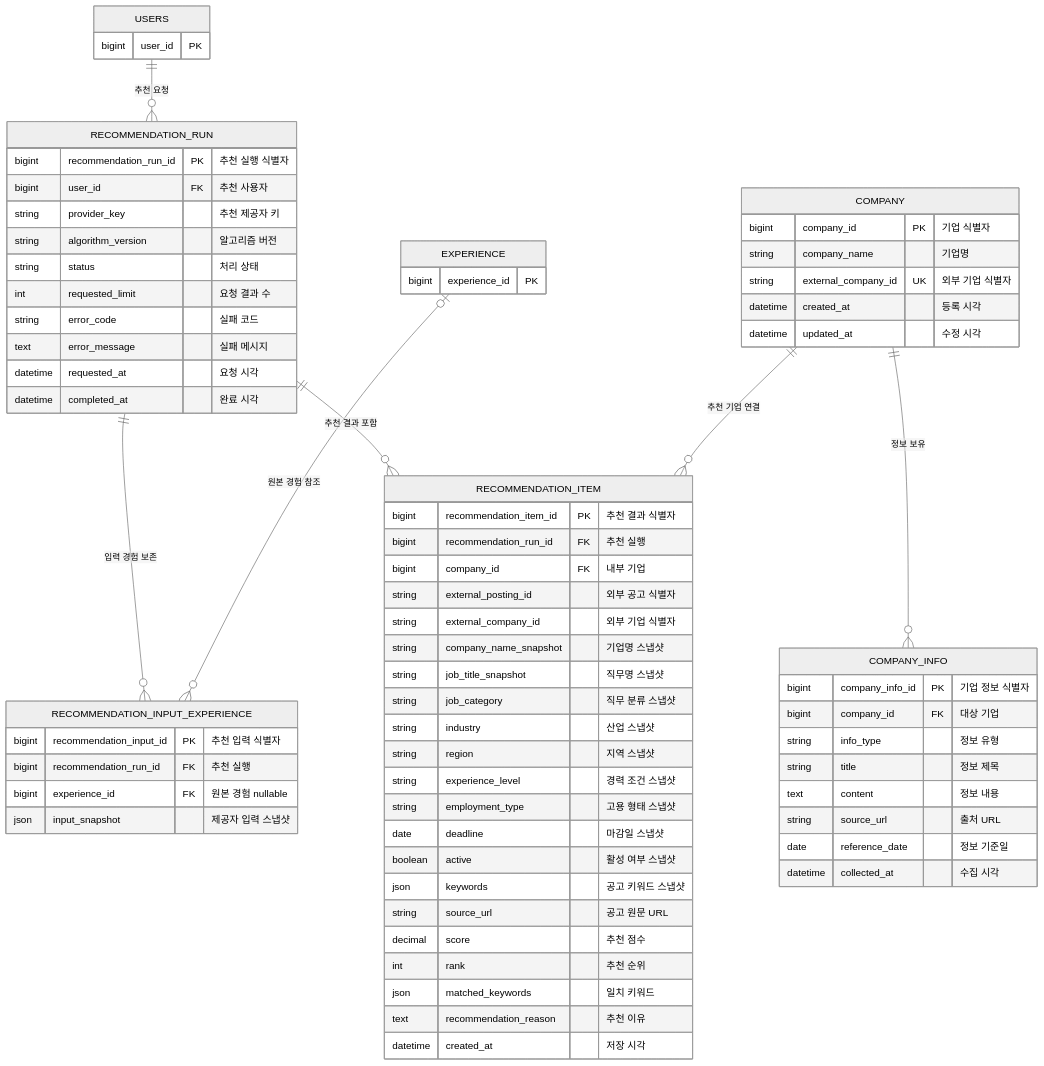
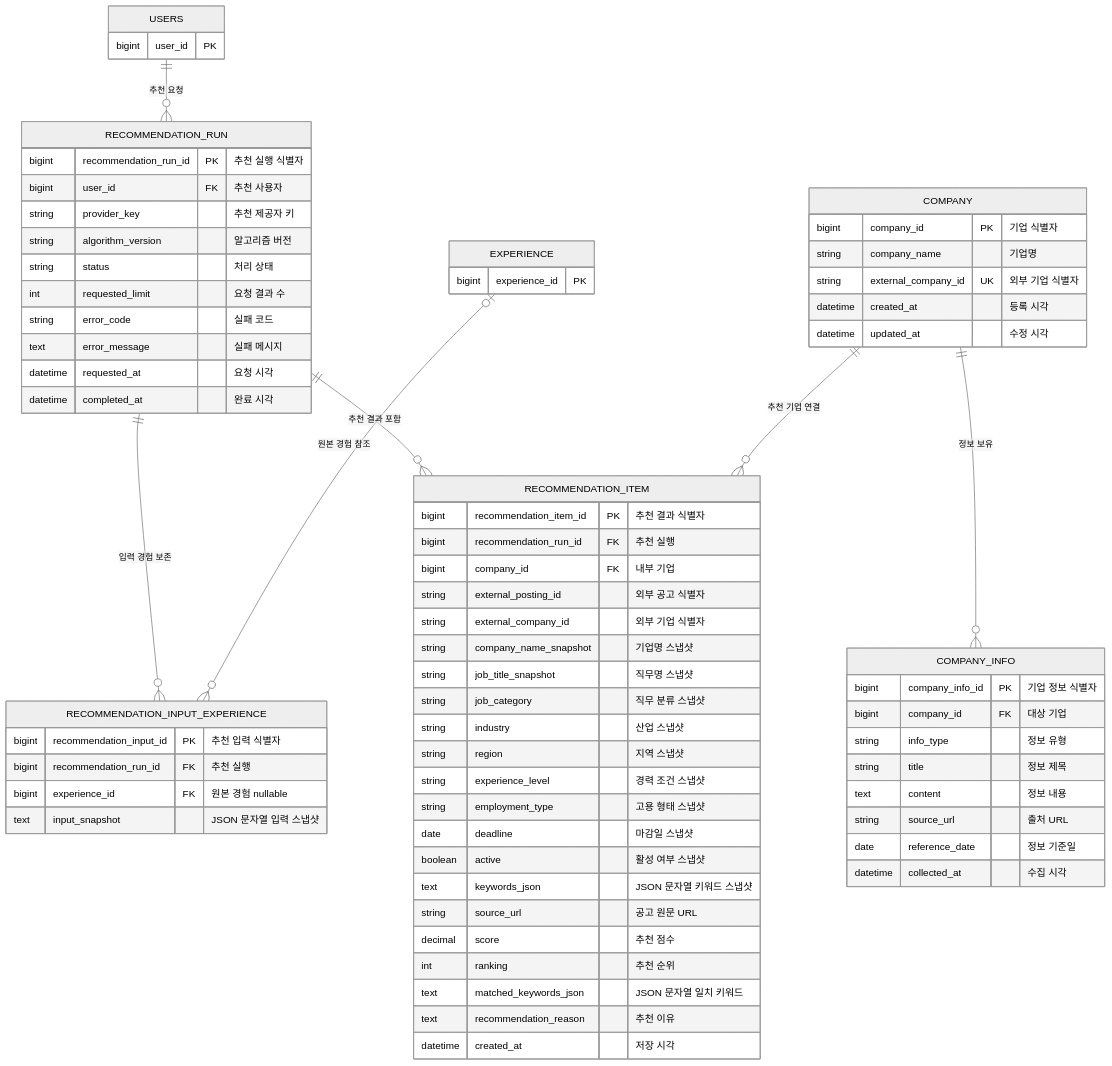
The diagram in docs/db/03_company_recommendation.md (skala-gj-6/resume-recommendation), drawn with Mermaid (neutral theme) before and after one commit. The commit also changed other lines of this file and 4 other files, not shown here.

Commit message:
docs: 현재 구현 기준으로 ERD 문서 최신화 (#23)

````diff
--- a/docs/db/03_company_recommendation.md
+++ b/docs/db/03_company_recommendation.md
@@ -7,80 +9,80 @@
 ```mermaid
 erDiagram
     COMPANY ||--o{ COMPANY_INFO : "정보 보유"
     USERS ||--o{ RECOMMENDATION_RUN : "추천 요청"
     RECOMMENDATION_RUN ||--o{ RECOMMENDATION_INPUT_EXPERIENCE : "입력 경험 보존"
     EXPERIENCE o|--o{ RECOMMENDATION_INPUT_EXPERIENCE : "원본 경험 참조"
     RECOMMENDATION_RUN ||--o{ RECOMMENDATION_ITEM : "추천 결과 포함"
     COMPANY ||--o{ RECOMMENDATION_ITEM : "추천 기업 연결"
 
     USERS {
         bigint user_id PK
     }
 
     EXPERIENCE {
         bigint experience_id PK
     }
 
     COMPANY {
         bigint company_id PK "기업 식별자"
         string company_name "기업명"
         string external_company_id UK "외부 기업 식별자"
         datetime created_at "등록 시각"
         datetime updated_at "수정 시각"
     }
 
     COMPANY_INFO {
         bigint company_info_id PK "기업 정보 식별자"
         bigint company_id FK "대상 기업"
         string info_type "정보 유형"
         string title "정보 제목"
         text content "정보 내용"
         string source_url "출처 URL"
         date reference_date "정보 기준일"
         datetime collected_at "수집 시각"
     }
 
     RECOMMENDATION_RUN {
         bigint recommendation_run_id PK "추천 실행 식별자"
         bigint user_id FK "추천 사용자"
         string provider_key "추천 제공자 키"
         string algorithm_version "알고리즘 버전"
         string status "처리 상태"
         int requested_limit "요청 결과 수"
         string error_code "실패 코드"
         text error_message "실패 메시지"
         datetime requested_at "요청 시각"
         datetime completed_at "완료 시각"
     }
 
     RECOMMENDATION_INPUT_EXPERIENCE {
         bigint recommendation_input_id PK "추천 입력 식별자"
         bigint recommendation_run_id FK "추천 실행"
         bigint experience_id FK "원본 경험 nullable"
-        json input_snapshot "제공자 입력 스냅샷"
+        text input_snapshot "JSON 문자열 입력 스냅샷"
     }
 
     RECOMMENDATION_ITEM {
         bigint recommendation_item_id PK "추천 결과 식별자"
         bigint recommendation_run_id FK "추천 실행"
         bigint company_id FK "내부 기업"
         string external_posting_id "외부 공고 식별자"
         string external_company_id "외부 기업 식별자"
         string company_name_snapshot "기업명 스냅샷"
         string job_title_snapshot "직무명 스냅샷"
         string job_category "직무 분류 스냅샷"
         string industry "산업 스냅샷"
         string region "지역 스냅샷"
         string experience_level "경력 조건 스냅샷"
         string employment_type "고용 형태 스냅샷"
         date deadline "마감일 스냅샷"
         boolean active "활성 여부 스냅샷"
-        json keywords "공고 키워드 스냅샷"
+        text keywords_json "JSON 문자열 키워드 스냅샷"
         string source_url "공고 원문 URL"
         decimal score "추천 점수"
-        int rank "추천 순위"
-        json matched_keywords "일치 키워드"
+        int ranking "추천 순위"
+        text matched_keywords_json "JSON 문자열 일치 키워드"
         text recommendation_reason "추천 이유"
         datetime created_at "저장 시각"
     }
 ```
````
